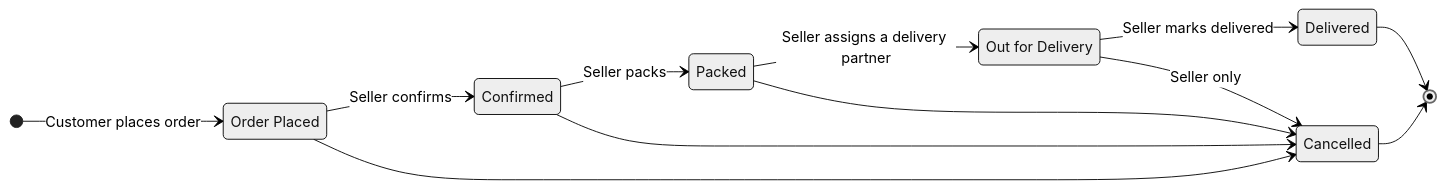
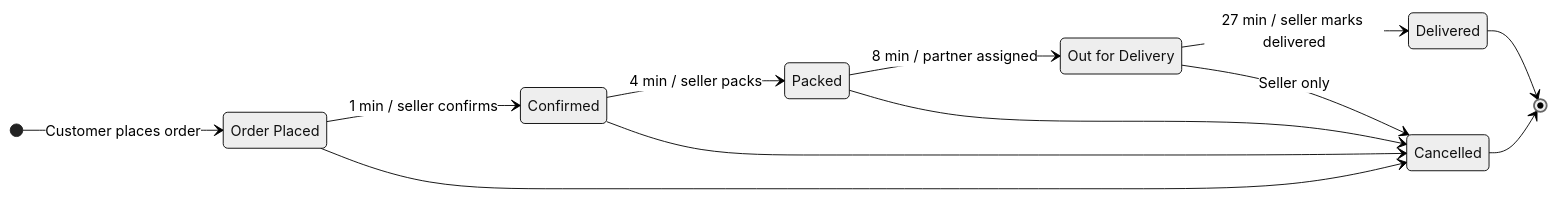
The second of 3 diagrams in README.md (likith1231/greencart), drawn with Mermaid (neutral theme) before and after one commit. The commit also changed other lines of this file and 6 other files, not shown here.

````diff
--- a/README.md
+++ b/README.md
@@ -237,19 +242,19 @@
 ```mermaid
 stateDiagram-v2
     direction LR
     [*] --> OrderPlaced: Customer places order
-    OrderPlaced --> Confirmed: Seller confirms
-    Confirmed --> Packed: Seller packs
-    Packed --> OutForDelivery: Seller assigns a delivery partner
-    OutForDelivery --> Delivered: Seller marks delivered
+    OrderPlaced --> Confirmed: 1 min / seller confirms
+    Confirmed --> Packed: 4 min / seller packs
+    Packed --> OutForDelivery: 8 min / partner assigned
+    OutForDelivery --> Delivered: 27 min / seller marks delivered
     Delivered --> [*]
 
     OrderPlaced --> Cancelled
     Confirmed --> Cancelled
     Packed --> Cancelled
     OutForDelivery --> Cancelled: Seller only
     Cancelled --> [*]
 
     OrderPlaced: Order Placed
     OutForDelivery: Out for Delivery
 ```
````
